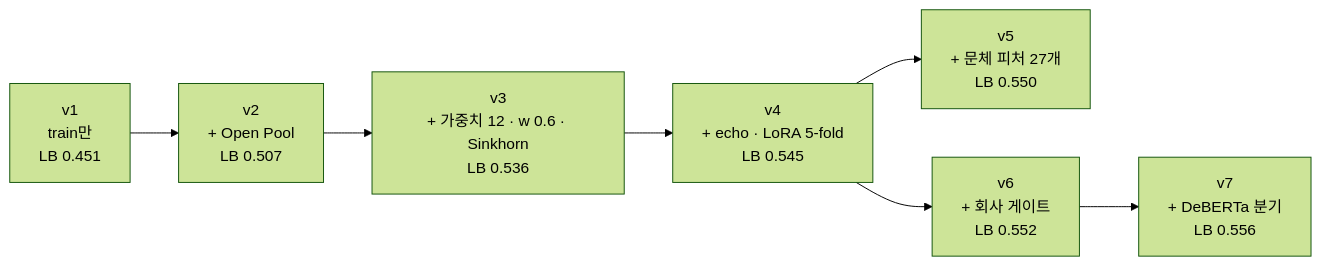
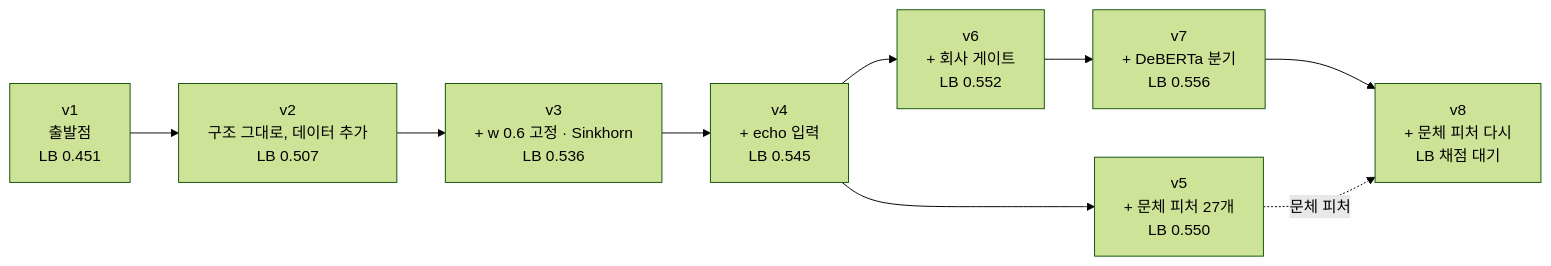
Before and after one commit to Lee-Jungwoo/name-that-llm: the diagram in docs/07_architecture_by_version.md, drawn with Mermaid (forest theme). The commit also changed other lines of this file and 10 other files, not shown here.

First line of the commit message:
docs: 버전별 구조 그림을 블록 다이어그램(PNG)으로 바꾸고 v8 추가

````diff
--- a/docs/07_architecture_by_version.md
+++ b/docs/07_architecture_by_version.md
@@ -17,9 +26,11 @@
 ```mermaid
 flowchart LR
-    v1["v1<br/>train만<br/>LB 0.451"] --> v2["v2<br/>+ Open Pool<br/>LB 0.507"]
-    v2 --> v3["v3<br/>+ 가중치 12 · w 0.6 · Sinkhorn<br/>LB 0.536"]
-    v3 --> v4["v4<br/>+ echo · LoRA 5-fold<br/>LB 0.545"]
+    v1["v1<br/>출발점<br/>LB 0.451"] --> v2["v2<br/>구조 그대로, 데이터 추가<br/>LB 0.507"]
+    v2 --> v3["v3<br/>+ w 0.6 고정 · Sinkhorn<br/>LB 0.536"]
+    v3 --> v4["v4<br/>+ echo 입력<br/>LB 0.545"]
     v4 --> v5["v5<br/>+ 문체 피처 27개<br/>LB 0.550"]
     v4 --> v6["v6<br/>+ 회사 게이트<br/>LB 0.552"]
     v6 --> v7["v7<br/>+ DeBERTa 분기<br/>LB 0.556"]
+    v7 --> v8["v8<br/>+ 문체 피처 다시<br/>LB 채점 대기"]
+    v5 -. 문체 피처 .-> v8
 ```
````
